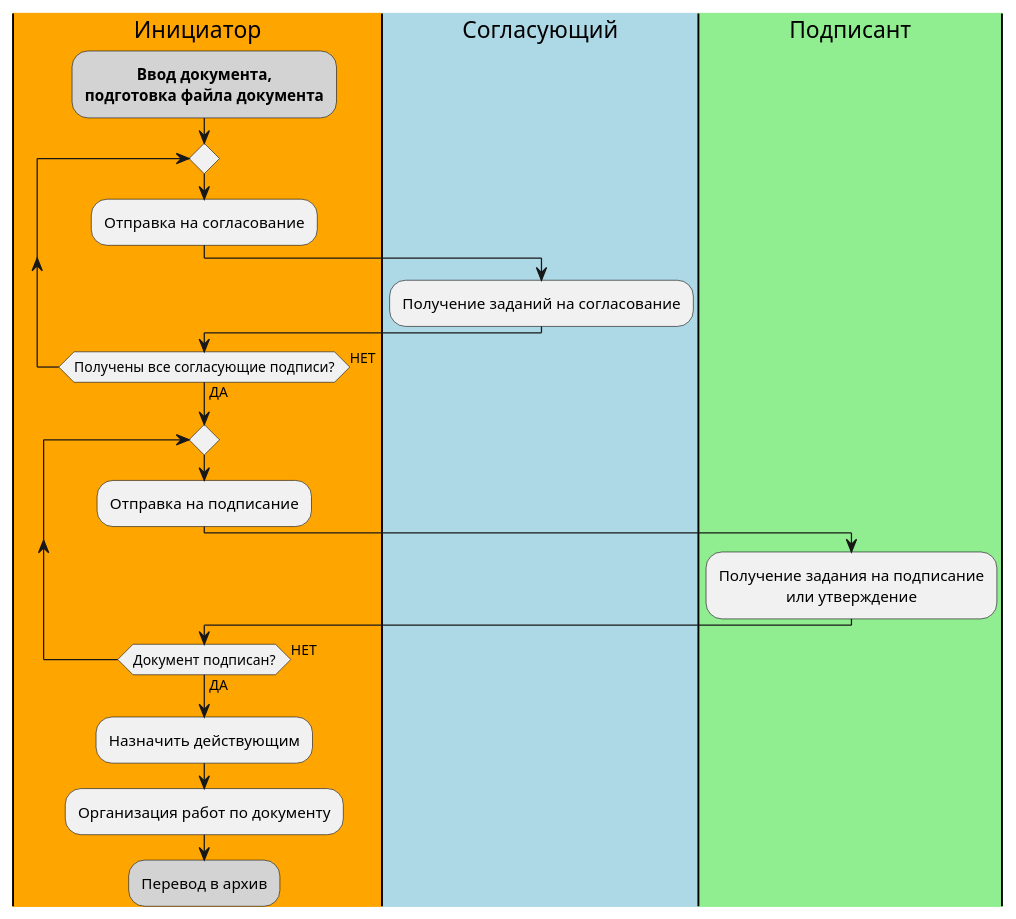
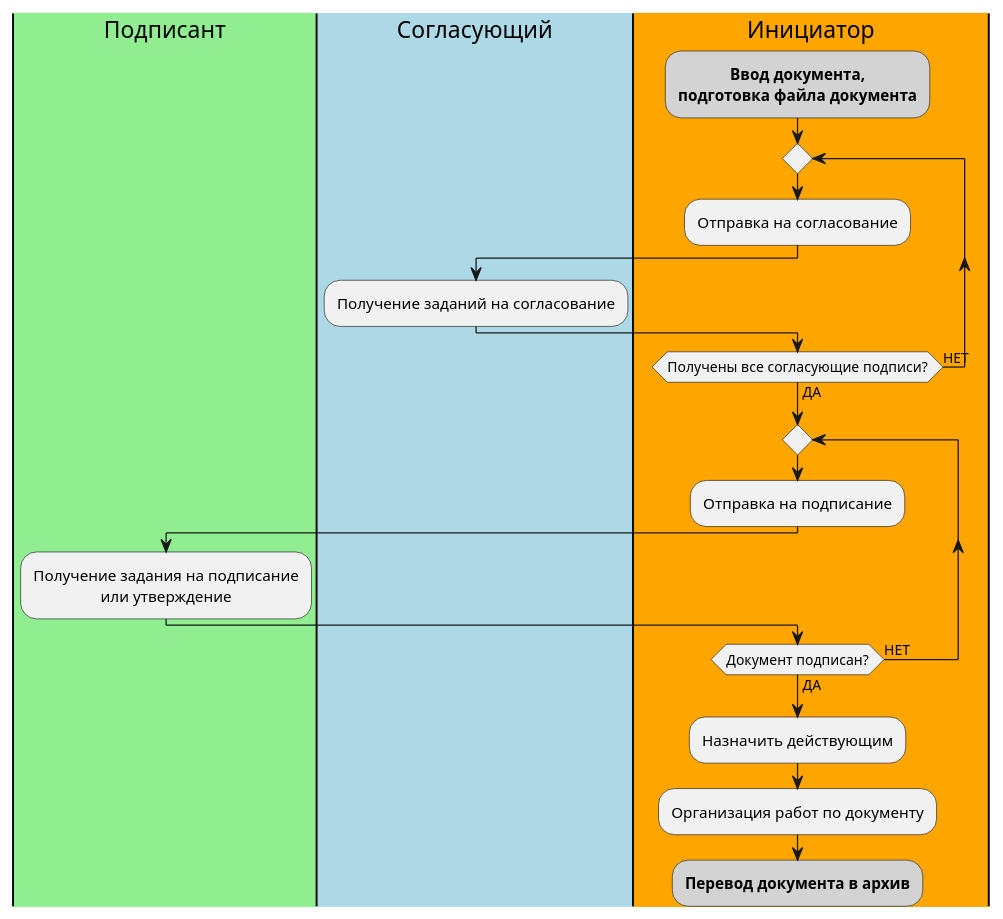
Before and after one commit to Grolribasi/WebC-Antora: the third of 6 diagrams in modules/user/pages/appendix/stagesOfWorkingWithDocuments.adoc, drawn with PlantUML. The commit also changed other lines of this file, not shown here.

```diff
--- a/modules/user/pages/appendix/stagesOfWorkingWithDocuments.adoc
+++ b/modules/user/pages/appendix/stagesOfWorkingWithDocuments.adoc
@@ -59,28 +85,30 @@
 [plantuml, target=diagram-classes, format=svg]
 ....
 @startuml
-
+|#lightgreen|Подписант|
+|#lightblue|Согласующий|
+|#orange|Инициатор|
 skinparam rectangleBorderThickness 1
 skinparam defaultTextAlignment center
 |#orange|Инициатор|
 #lightgray:**Ввод документа,**
 **подготовка файла документа**;
 repeat
 :Отправка на согласование;
 |#lightblue|Согласующий|
 :Получение заданий на согласование;
 |#orange|Инициатор|
 repeat while (Получены все согласующие подписи?) is (НЕТ) not (ДА)
 |#orange|Инициатор|
 repeat
 :Отправка на подписание;
 |#lightgreen|Подписант|
 :Получение задания на подписание
 или утверждение;
 |#orange|Инициатор|
 repeat while (Документ подписан?) is (НЕТ) not (ДА)
 :Назначить действующим;
 :Организация работ по документу;
-#lightgray:Перевод в архив;
+#lightgray:**Перевод документа в архив**;
 @enduml
 ....
```
